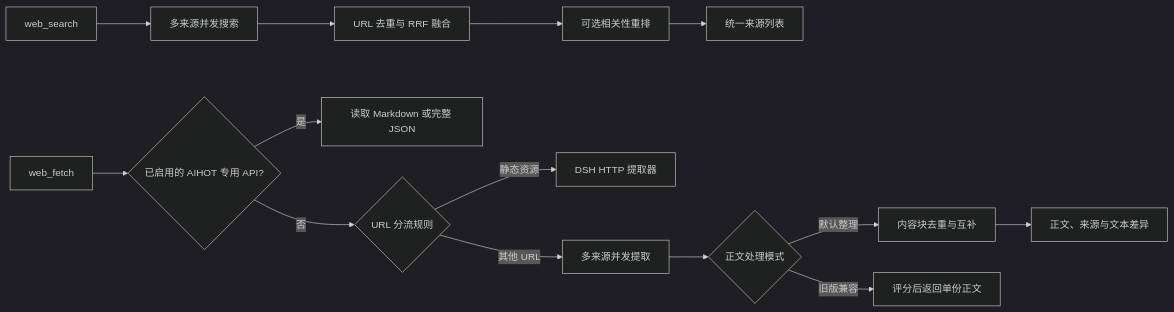
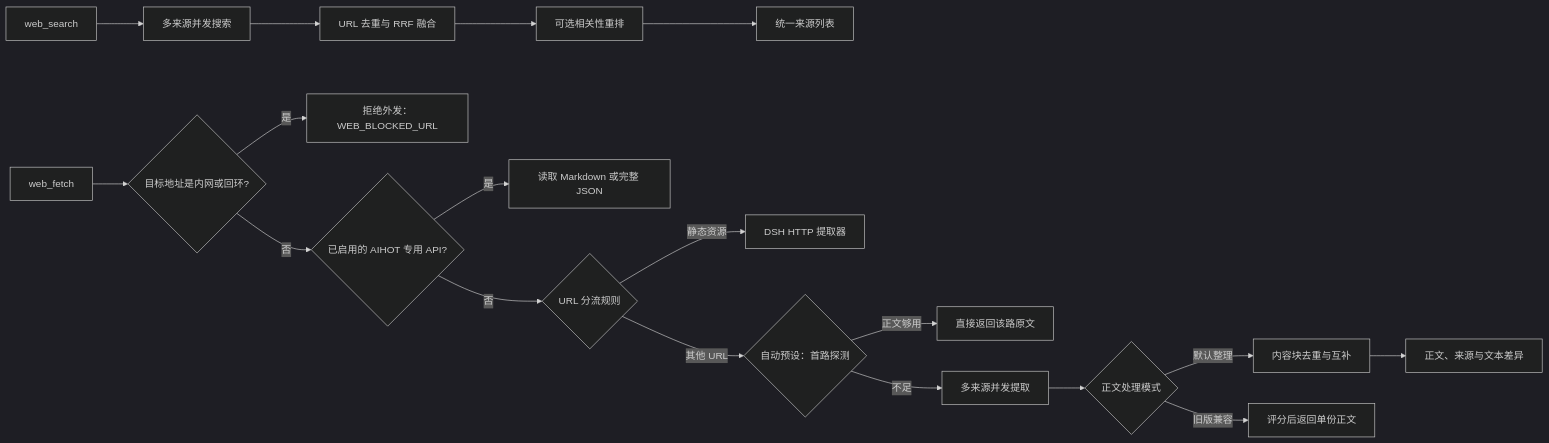
One commit to qikairo7/dsh-web-search-fetch changed the diagram in README.md. Above: the diagram before and after it, drawn with Mermaid (dark theme). The commit also changed other lines of this file and 44 other files, not shown here.

````diff
--- a/README.md
+++ b/README.md
@@ -230,16 +233,20 @@
 ```mermaid
 flowchart LR
     Search[web_search] --> Fanout[多来源并发搜索]
     Fanout --> Fusion[URL 去重与 RRF 融合]
     Fusion --> Rerank[可选相关性重排]
     Rerank --> Sources[统一来源列表]
-    Fetch[web_fetch] --> API{已启用的 AIHOT 专用 API?}
+    Fetch[web_fetch] --> Guard{目标地址是内网或回环?}
+    Guard -->|是| Blocked[拒绝外发：WEB_BLOCKED_URL]
+    Guard -->|否| API{已启用的 AIHOT 专用 API?}
     API -->|是| AIHOT[读取 Markdown 或完整 JSON]
     API -->|否| Route{URL 分流规则}
     Route -->|静态资源| HTTP[DSH HTTP 提取器]
-    Route -->|其他 URL| Extract[多来源并发提取]
+    Route -->|其他 URL| Probe{自动预设：首路探测}
+    Probe -->|正文够用| Original[直接返回该路原文]
+    Probe -->|不足| Extract[多来源并发提取]
     Extract --> Mode{正文处理模式}
     Mode -->|默认整理| Organize[内容块去重与互补]
     Organize --> Body[正文、来源与文本差异]
     Mode -->|旧版兼容| Select[评分后返回单份正文]
 ```
````
